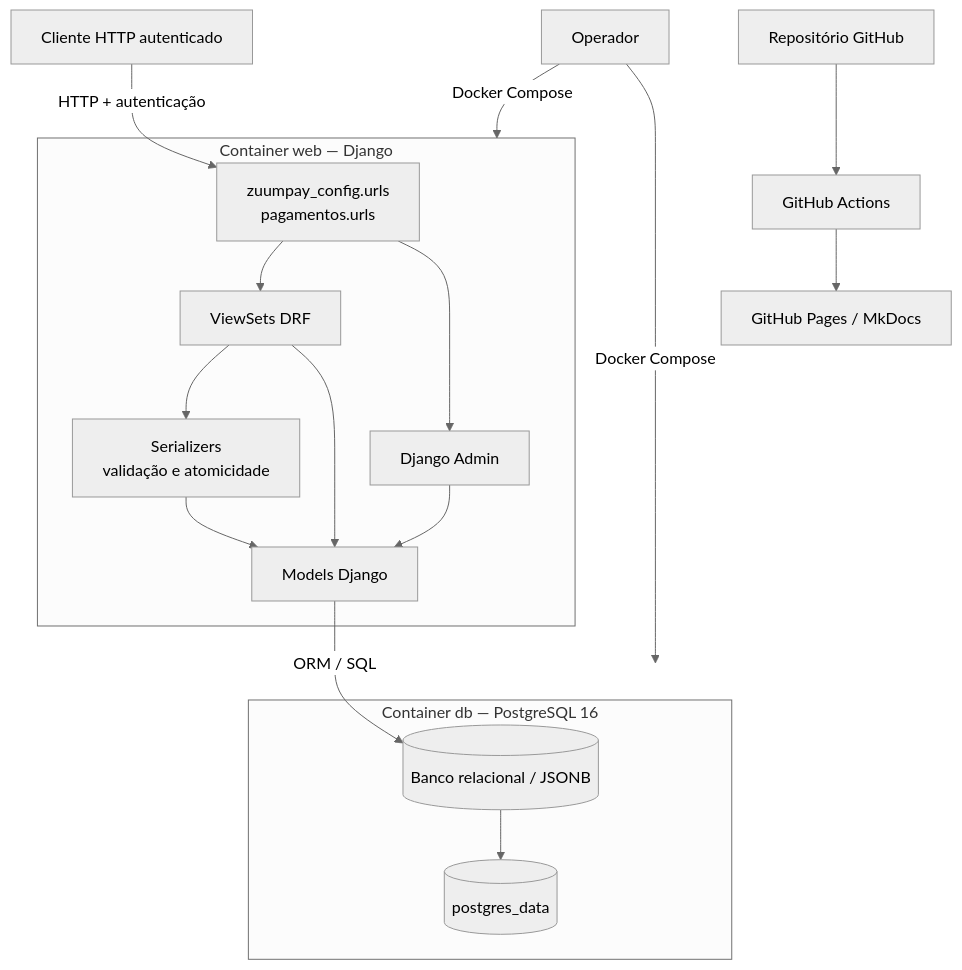
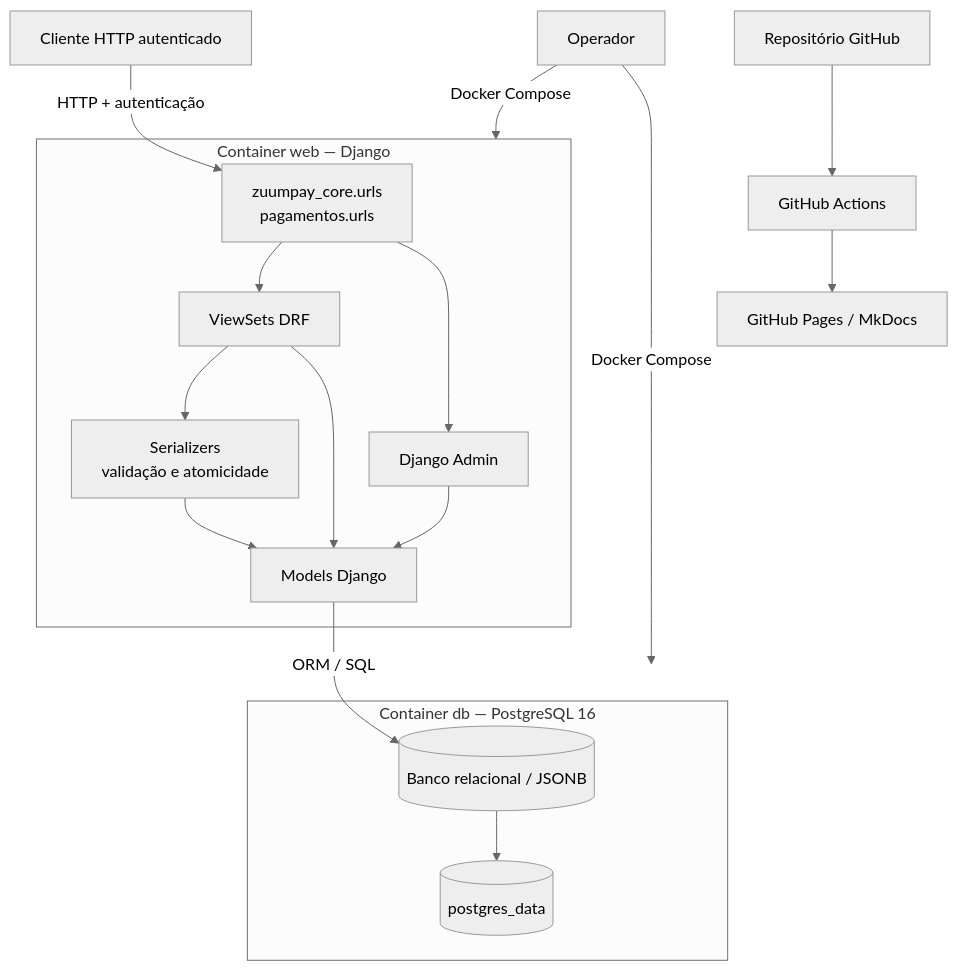
One commit to Projetos-de-Extensao/PC_CDIA_26.2_8001_III changed the first of 2 diagrams in docs/Elaboracao/dim_comp.md. Above: the diagram before and after it, drawn with Mermaid (neutral theme). The commit also changed other lines of this file and 16 other files, not shown here.

````diff
--- a/docs/Elaboracao/dim_comp.md
+++ b/docs/Elaboracao/dim_comp.md
@@ -7,29 +7,29 @@
 ```mermaid
 flowchart TB
     Client[Cliente HTTP autenticado]
     Operator[Operador]
     subgraph Application["Container web — Django"]
-        Routes["zuumpay_config.urls<br/>pagamentos.urls"]
+        Routes["zuumpay_core.urls<br/>pagamentos.urls"]
         API["ViewSets DRF"]
         Serializers["Serializers<br/>validação e atomicidade"]
         Admin["Django Admin"]
         Models["Models Django"]
         Routes --> API
         Routes --> Admin
         API --> Serializers
         API --> Models
         Serializers --> Models
         Admin --> Models
     end
     subgraph Persistence["Container db — PostgreSQL 16"]
         DB[(Banco relacional / JSONB)]
         DataVolume[(postgres_data)]
         DB --> DataVolume
     end
     Client -->|HTTP + autenticação| Routes
     Models -->|ORM / SQL| DB
     Operator -->|Docker Compose| Application
     Operator -->|Docker Compose| Persistence
     Source[Repositório GitHub] --> Actions[GitHub Actions]
     Actions --> Pages[GitHub Pages / MkDocs]
 ```
````
